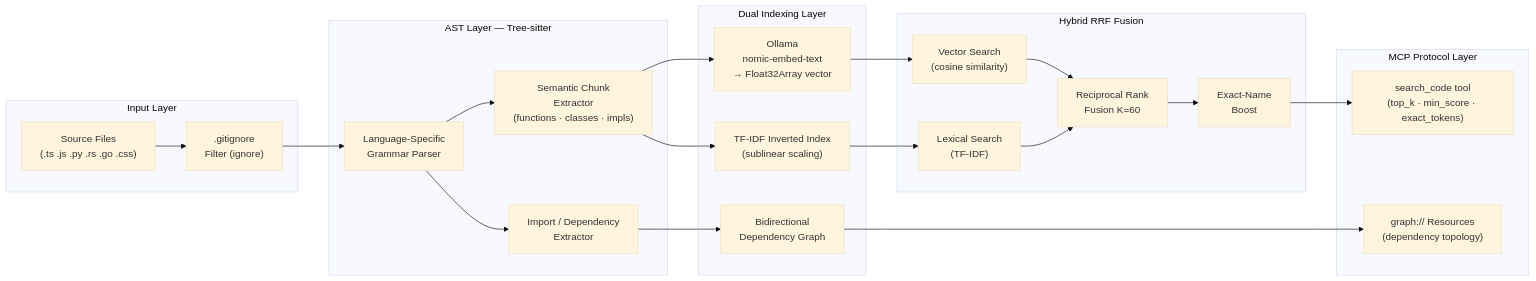
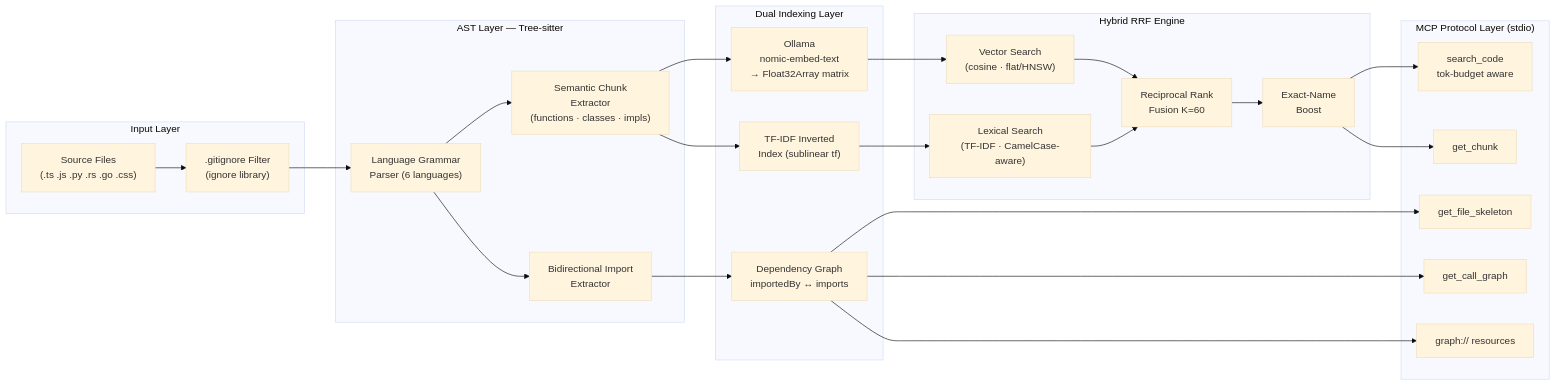
The diagram in README.md (MaquinaTech/graph-indexer), drawn with Mermaid (base theme) before and after one commit. The commit also changed other lines of this file and 11 other files, not shown here.

````diff
--- a/README.md
+++ b/README.md
@@ -45,39 +38,42 @@
 ```mermaid
 flowchart LR
     subgraph INPUT["Input Layer"]
         FS["Source Files\n(.ts .js .py .rs .go .css)"]
-        GIT[".gitignore\nFilter (ignore)"]
+        GIT[".gitignore Filter\n(ignore library)"]
     end
 
     subgraph PARSE["AST Layer — Tree-sitter"]
-        AST["Language-Specific\nGrammar Parser"]
+        AST["Language Grammar\nParser (6 languages)"]
         CHUNKS["Semantic Chunk\nExtractor\n(functions · classes · impls)"]
-        DEPS["Import / Dependency\nExtractor"]
+        DEPS["Bidirectional Import\nExtractor"]
     end
 
     subgraph INDEX["Dual Indexing Layer"]
-        EMBED["Ollama\nnomic-embed-text\n→ Float32Array vector"]
-        TFIDF["TF-IDF Inverted Index\n(sublinear scaling)"]
-        GRAPH["Bidirectional\nDependency Graph"]
+        EMBED["Ollama\nnomic-embed-text\n→ Float32Array matrix"]
+        TFIDF["TF-IDF Inverted\nIndex (sublinear tf)"]
+        GRAPH["Dependency Graph\nimportedBy ↔ imports"]
     end
 
-    subgraph SEARCH["Hybrid RRF Fusion"]
-        VEC["Vector Search\n(cosine similarity)"]
-        LEX["Lexical Search\n(TF-IDF)"]
+    subgraph SEARCH["Hybrid RRF Engine"]
+        VEC["Vector Search\n(cosine · flat/HNSW)"]
+        LEX["Lexical Search\n(TF-IDF · CamelCase-aware)"]
         RRF["Reciprocal Rank\nFusion  K=60"]
         BOOST["Exact-Name\nBoost"]
     end
 
-    subgraph MCP["MCP Protocol Layer"]
-        TOOL["search_code tool\n(top_k · min_score · exact_tokens)"]
-        RES["graph:// Resources\n(dependency topology)"]
+    subgraph MCP["MCP Protocol Layer (stdio)"]
+        SC["search_code\ntok-budget aware"]
+        GC["get_chunk"]
+        GFS["get_file_skeleton"]
+        GCG["get_call_graph"]
+        RES["graph:// resources"]
     end
 
     FS --> GIT --> AST --> CHUNKS & DEPS
     CHUNKS --> EMBED & TFIDF
     DEPS --> GRAPH
     EMBED --> VEC
     TFIDF --> LEX
-    VEC & LEX --> RRF --> BOOST --> TOOL
-    GRAPH --> RES
+    VEC & LEX --> RRF --> BOOST --> SC & GC
+    GRAPH --> RES & GFS & GCG
 ```
````
